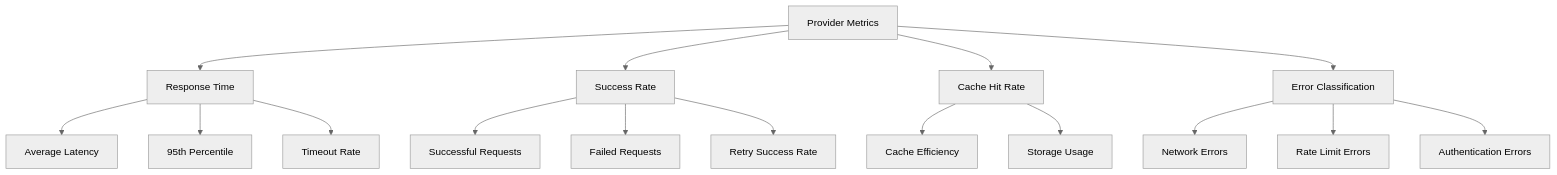
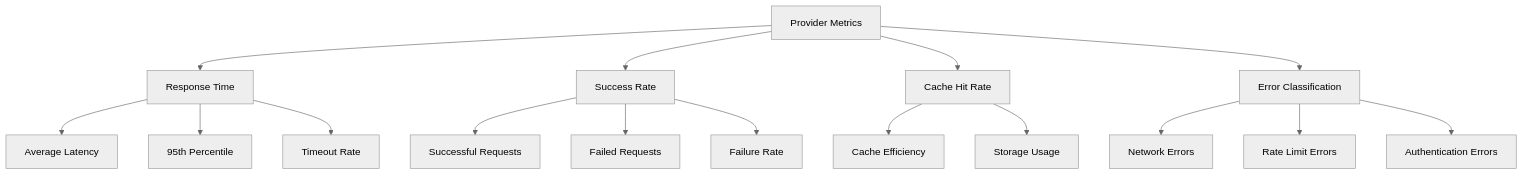
One commit to jorjao81/zh-learn2 changed diagram 18 of 19 in PROVIDER_ARCHITECTURE.md. Above: the diagram before and after it, drawn with Mermaid (neutral theme). The commit also changed other lines of this file and 17 other files, not shown here.

````diff
--- a/PROVIDER_ARCHITECTURE.md
+++ b/PROVIDER_ARCHITECTURE.md
@@ -571,22 +507,22 @@
 ```mermaid
 flowchart TD
     A[Provider Metrics] --> B[Response Time]
     A --> C[Success Rate]
     A --> D[Cache Hit Rate]
     A --> E[Error Classification]
 
     B --> F[Average Latency]
     B --> G[95th Percentile]
     B --> H[Timeout Rate]
 
     C --> I[Successful Requests]
     C --> J[Failed Requests]
-    C --> K[Retry Success Rate]
+    C --> K[Failure Rate]
 
     D --> L[Cache Efficiency]
     D --> M[Storage Usage]
 
     E --> N[Network Errors]
     E --> O[Rate Limit Errors]
     E --> P[Authentication Errors]
 ```
````
